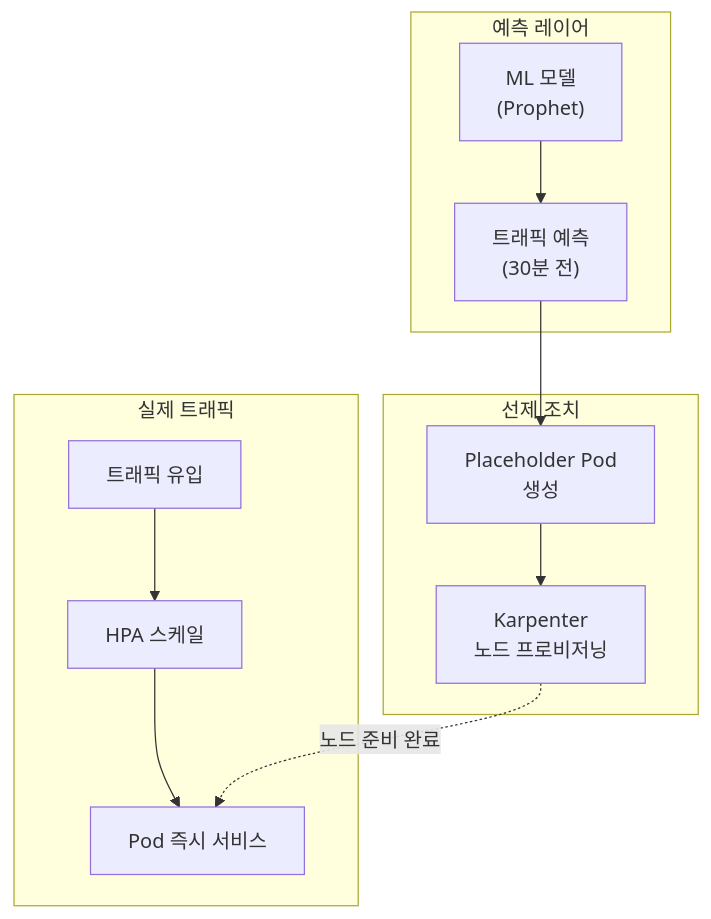
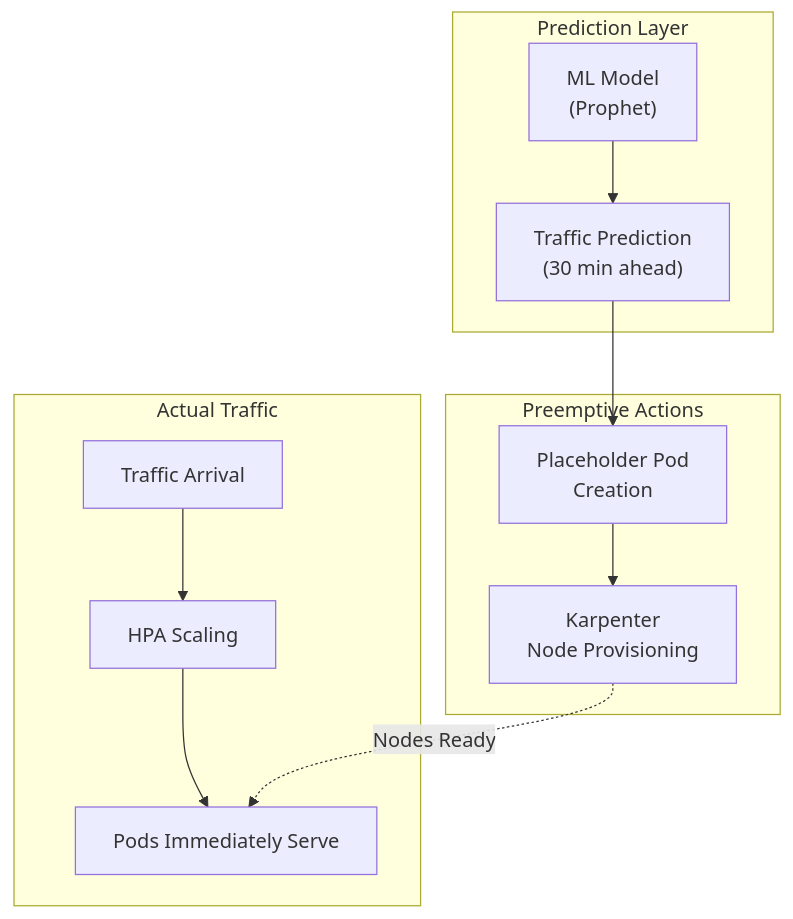
The first of 3 diagrams in docs/aidlc/operations/predictive-operations.md (devfloor9/engineering-playbook), drawn with Mermaid before and after one commit. The commit also changed other lines of this file and 954 other files, not shown here.

````diff
--- a/docs/aidlc/operations/predictive-operations.md
+++ b/docs/aidlc/operations/predictive-operations.md
@@ -138,22 +138,22 @@
 ```mermaid
 graph TD
-    subgraph Prediction["예측 레이어"]
-        ML["ML 모델<br/>(Prophet)"]
-        PRED["트래픽 예측<br/>(30분 전)"]
+    subgraph Prediction["Prediction Layer"]
+        ML["ML Model<br/>(Prophet)"]
+        PRED["Traffic Prediction<br/>(30 min ahead)"]
     end
 
-    subgraph Preemptive["선제 조치"]
-        WARM["Placeholder Pod<br/>생성"]
-        KARP["Karpenter<br/>노드 프로비저닝"]
+    subgraph Preemptive["Preemptive Actions"]
+        WARM["Placeholder Pod<br/>Creation"]
+        KARP["Karpenter<br/>Node Provisioning"]
     end
 
-    subgraph Runtime["실제 트래픽"]
-        TRAFFIC["트래픽 유입"]
-        HPA["HPA 스케일"]
-        READY["Pod 즉시 서비스"]
+    subgraph Runtime["Actual Traffic"]
+        TRAFFIC["Traffic Arrival"]
+        HPA["HPA Scaling"]
+        READY["Pods Immediately Serve"]
     end
 
     ML --> PRED --> WARM --> KARP
     TRAFFIC --> HPA --> READY
-    KARP -.->|노드 준비 완료| READY
+    KARP -.->|Nodes Ready| READY
 ```
````
